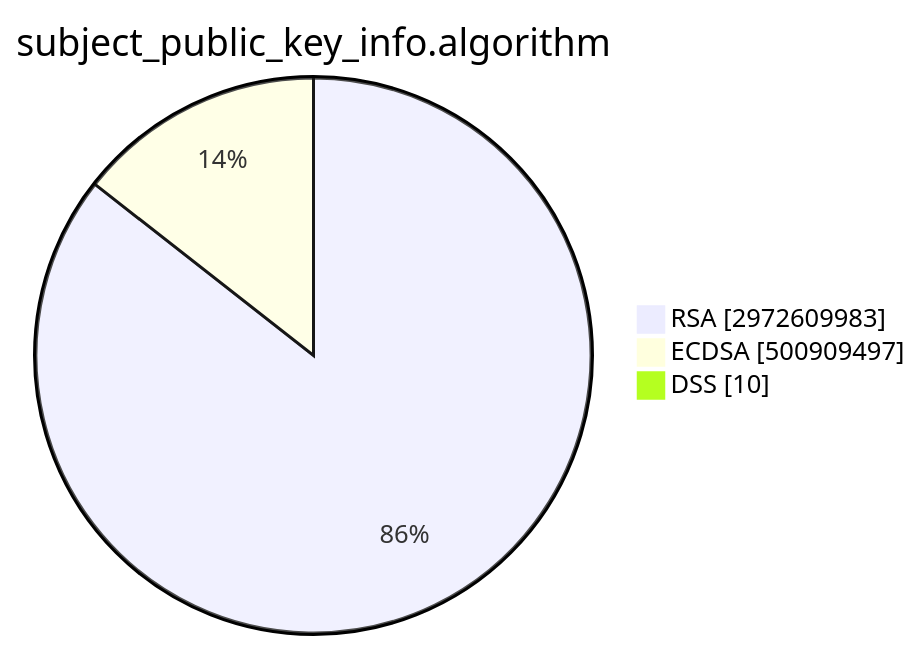
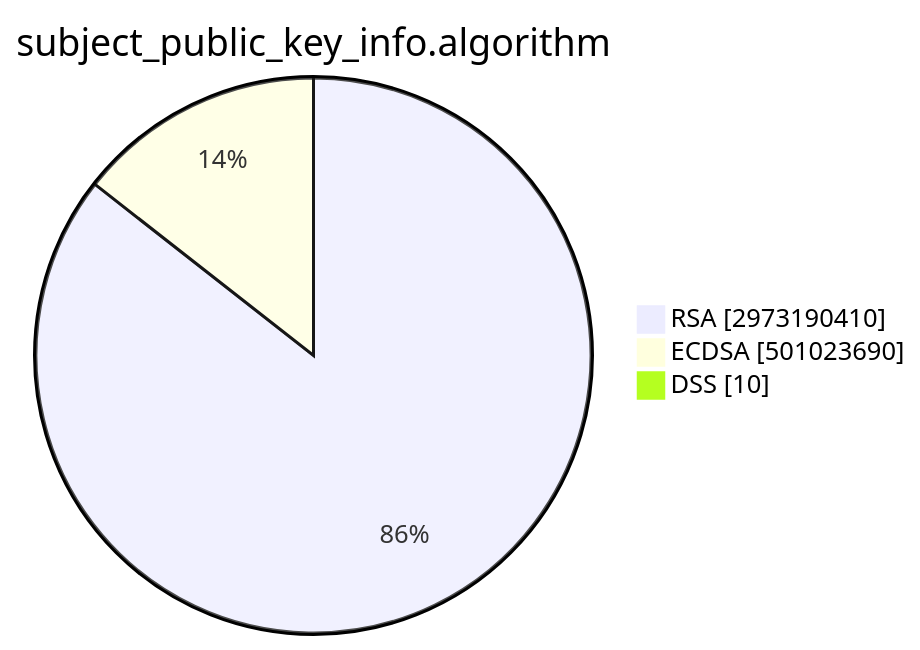
Before and after one commit to christiankrug/ctmonitor_visualization: the second of 15 diagrams in TOTAL/README.md, drawn with Mermaid. The commit also changed other lines of this file, not shown here.

````diff
--- a/TOTAL/README.md
+++ b/TOTAL/README.md
@@ -6,7 +6,7 @@
 ```mermaid
 pie showData
 title subject_public_key_info.algorithm
-"RSA" :2972609983
-"ECDSA" :500909497
+"RSA" :2973190410
+"ECDSA" :501023690
 "DSS" :10
 ```
````
